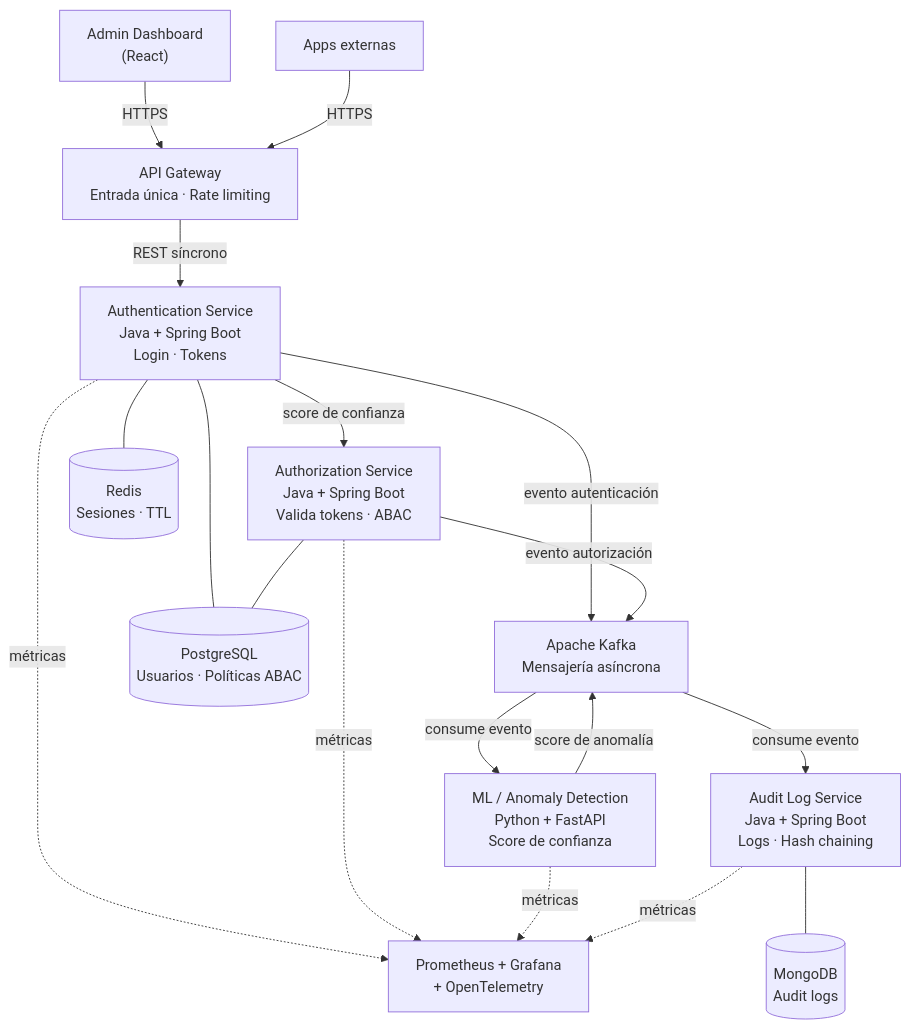
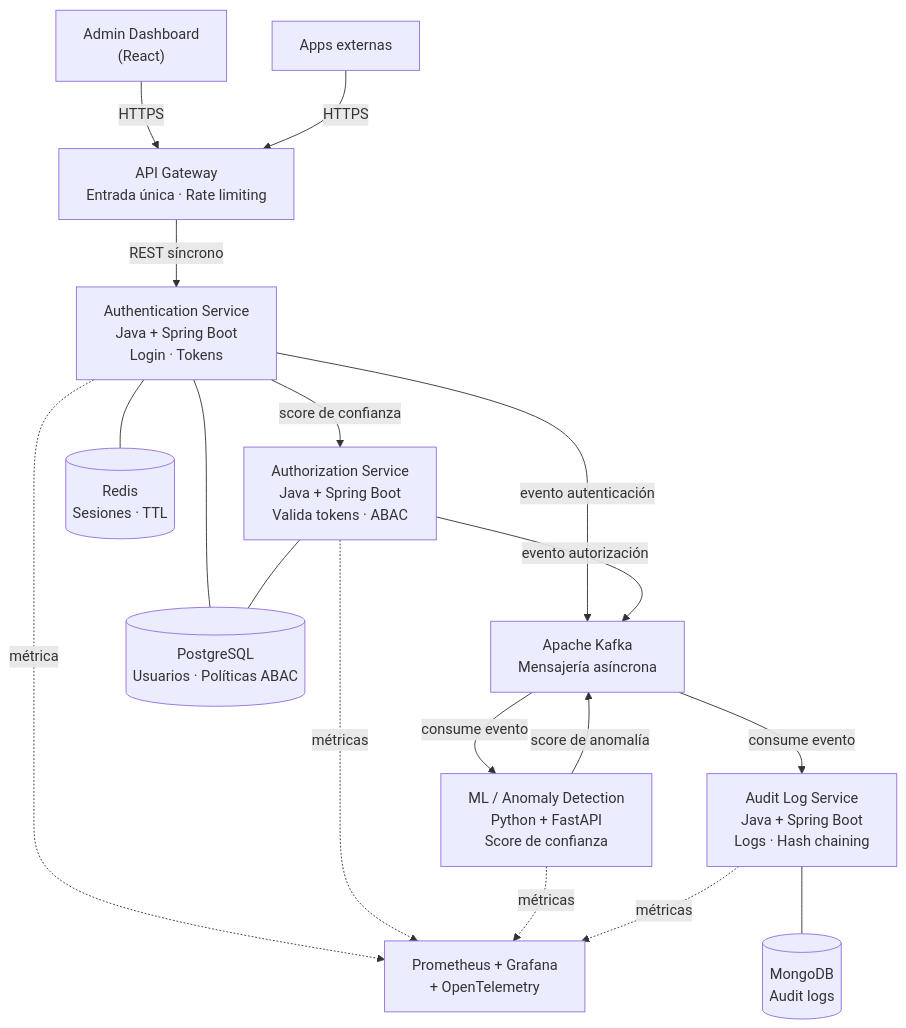
One commit to zhunio2003/zero-trust-auth changed the diagram in docs/diagrams/INITIAL_ARCHITECTURE.mermaid. Above: the diagram before and after it, drawn with Mermaid. The commit also changed 1 other file, not shown here.

Commit message:
docs: add DETAILED_ARCHITECTURE - In-depth details about the services - Grouping of services by type

```diff
--- a/docs/diagrams/INITIAL_ARCHITECTURE.mermaid
+++ b/docs/diagrams/INITIAL_ARCHITECTURE.mermaid
@@ -1,57 +1,57 @@
 graph TB
     %% Clientes externos
     Dashboard["Admin Dashboard\n(React)"]
     ExtApp["Apps externas"]
 
     %% Infraestructura de entrada
     Gateway["API Gateway\nEntrada única · Rate limiting"]
 
     %% Servicios de negocio
     AuthN["Authentication Service\nJava + Spring Boot\nLogin · Tokens "]
     AuthZ["Authorization Service\nJava + Spring Boot\nValida tokens · ABAC"]
     ML["ML / Anomaly Detection\nPython + FastAPI\nScore de confianza"]
     AuditLog["Audit Log Service\nJava + Spring Boot\nLogs · Hash chaining"]
 
     %% Mensajería asíncrona
     Kafka["Apache Kafka\nMensajería asíncrona"]
 
     %% Infraestructura de persistencia
     Redis[("Redis\nSesiones · TTL")]
     Postgres[("PostgreSQL\nUsuarios · Políticas ABAC")]
     Mongo[("MongoDB\nAudit logs")]
 
     %% Observabilidad
     Obs["Prometheus + Grafana\n+ OpenTelemetry"]
 
     %% --- Conexiones ---
 
     %% Clientes → Gateway (HTTPS)
     Dashboard -->|HTTPS| Gateway
     ExtApp -->|HTTPS| Gateway
 
     %% Gateway → Servicios (REST síncrono)
     Gateway -->|REST síncrono| AuthN
 
     %% Auth → Authorization (score de confianza, síncrono)
     AuthN -->|score de confianza| AuthZ
 
     %% Servicios → Kafka (eventos asíncronos)
     AuthN -->|evento autenticación| Kafka
     AuthZ -->|evento autorización| Kafka
     ML -->|score de anomalía| Kafka
 
     %% Kafka → consumidores
     Kafka -->|consume evento| AuditLog
     Kafka -->|consume evento| ML
 
     %% Servicios → Persistencia
     AuthN --- Redis
     AuthN --- Postgres
     AuthZ --- Postgres
     AuditLog --- Mongo
 
     %% Observabilidad transversal
-    AuthN -.->|métricas| Obs
+    AuthN -.->|métrica| Obs
     AuthZ -.->|métricas| Obs
     ML -.->|métricas| Obs
     AuditLog -.->|métricas| Obs
```
